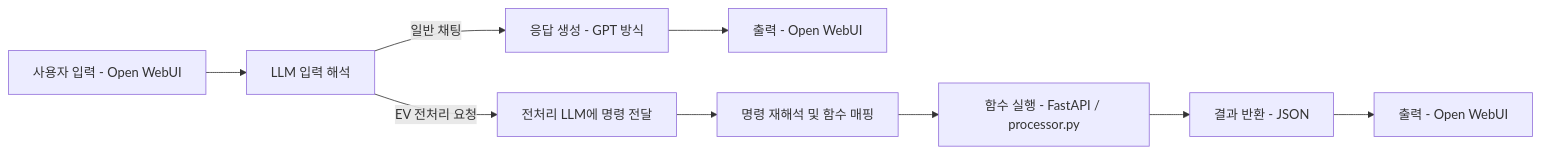
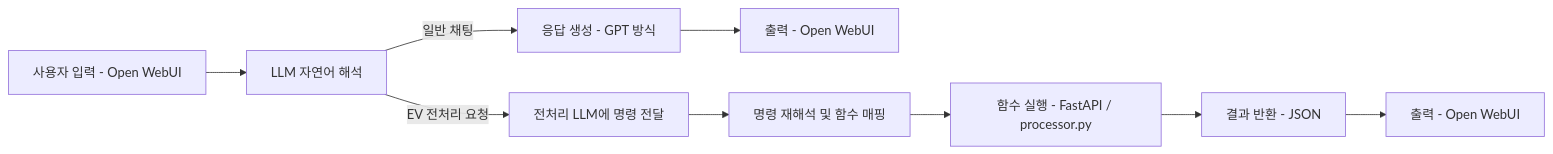
The diagram in readme.md (WO2IN/posAppSystem), drawn with Mermaid before and after one commit.

````diff
--- a/readme.md
+++ b/readme.md
@@ -1,15 +1,15 @@
 ```mermaid
 graph LR
 
-A1[사용자 입력 - Open WebUI] --> A2[LLM 입력 해석]
+A1[사용자 입력 - Open WebUI] --> A2[LLM 자연어 해석]
 
 A2 -->|일반 채팅| B1[응답 생성 - GPT 방식]
 B1 --> B2[출력 - Open WebUI]
 
 A2 -->|EV 전처리 요청| C1[전처리 LLM에 명령 전달]
 C1 --> C2[명령 재해석 및 함수 매핑]
 C2 --> C3[함수 실행 - FastAPI / processor.py]
 C3 --> C4[결과 반환 - JSON]
 C4 --> C5[출력 - Open WebUI]
 
 ```
````
